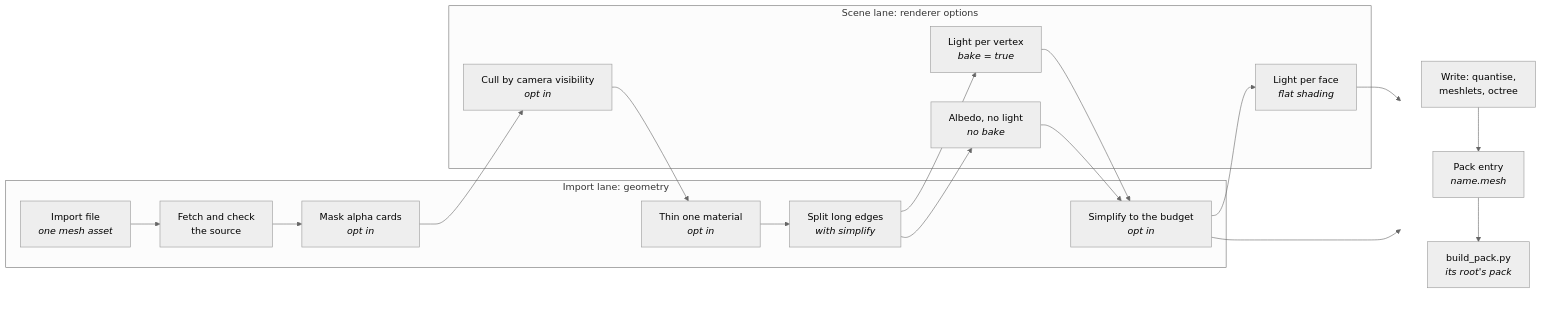
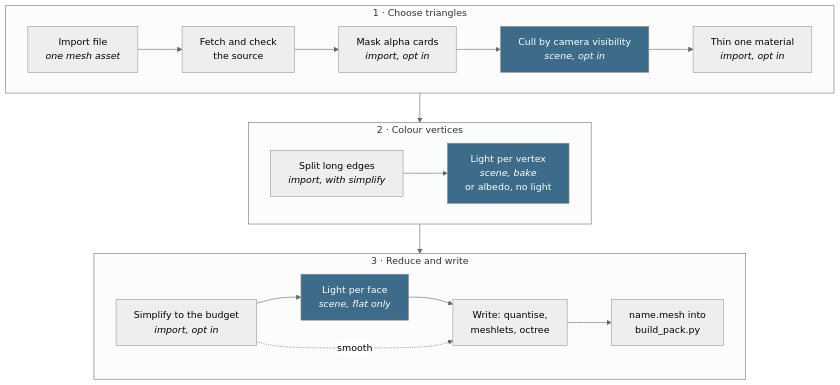
The first of 3 diagrams in docs/render/Mesh-Import.md (jose-villegas/autana), drawn with Mermaid (neutral theme) before and after one commit. The commit also changed other lines of this file, not shown here.

Commit message:
docs: Mesh-Import pipeline as three stacked stages in the bake's order, a smooth bypass and a colour key (autana-slinr)

````diff
--- a/docs/render/Mesh-Import.md
+++ b/docs/render/Mesh-Import.md
@@ -8,27 +8,19 @@
 ```mermaid
-flowchart LR
-    subgraph Import_lane["Import lane: geometry"]
-    Import["Import file<br/><i>one mesh asset</i>"] --> Fetch["Fetch and check<br/>the source"]
-    Mask["Mask alpha cards<br/><i>opt in</i>"]
-    Thin["Thin one material<br/><i>opt in</i>"]
-    Dense["Split long edges<br/><i>with simplify</i>"]
-    Simp["Simplify to the budget<br/><i>opt in</i>"]
+flowchart TB
+    subgraph Cut["1 · Choose triangles"]
+    direction LR
+    Import["Import file<br/><i>one mesh asset</i>"] --> Fetch["Fetch and check<br/>the source"] --> Mask["Mask alpha cards<br/><i>import, opt in</i>"] --> Vis["Cull by camera visibility<br/><i>scene, opt in</i>"] --> Thin["Thin one material<br/><i>import, opt in</i>"]
     end
-    subgraph Scene_lane["Scene lane: renderer options"]
-    Vis["Cull by camera visibility<br/><i>opt in</i>"]
-    Lit["Light per vertex<br/><i>bake = true</i>"]
-    Albedo["Albedo, no light<br/><i>no bake</i>"]
-    Face["Light per face<br/><i>flat shading</i>"]
+    subgraph Light["2 · Colour vertices"]
+    direction LR
+    Dense["Split long edges<br/><i>import, with simplify</i>"] --> Lit["Light per vertex<br/><i>scene, bake</i><br/>or albedo, no light"]
     end
-    Fetch --> Mask --> Vis --> Thin --> Dense
-    Dense --> Lit --> Simp
-    Dense --> Albedo --> Simp
-    subgraph Out[" "]
-    direction TB
-    Write["Write: quantise,<br/>meshlets, octree"] --> Entry["Pack entry<br/><i>name.mesh</i>"]
-    Entry --> Pack["build_pack.py<br/><i>its root's pack</i>"]
+    subgraph Finish["3 · Reduce and write"]
+    direction LR
+    Simp["Simplify to the budget<br/><i>import, opt in</i>"] --> Face["Light per face<br/><i>scene, flat only</i>"] --> Write["Write: quantise,<br/>meshlets, octree"] --> Pack["name.mesh into<br/>build_pack.py"]
+    Simp -. smooth .-> Write
     end
-    Simp --> Face --> Out
-    Simp --> Out
-    style Out fill:none,stroke:none
+    Cut --> Light --> Finish
+    classDef scene fill:#3d6b8a,color:#fff
+    class Vis,Lit,Face scene
 ```
````
